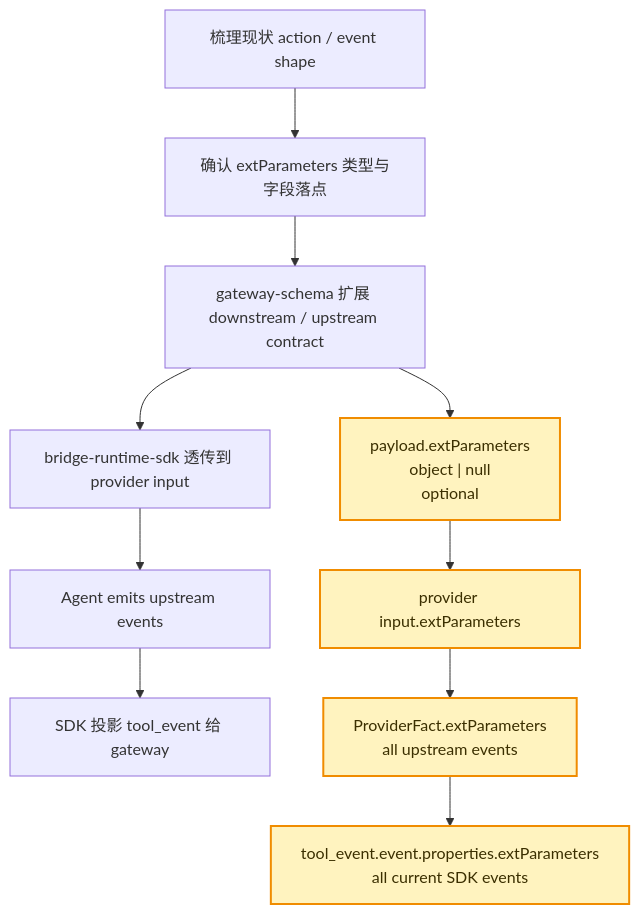
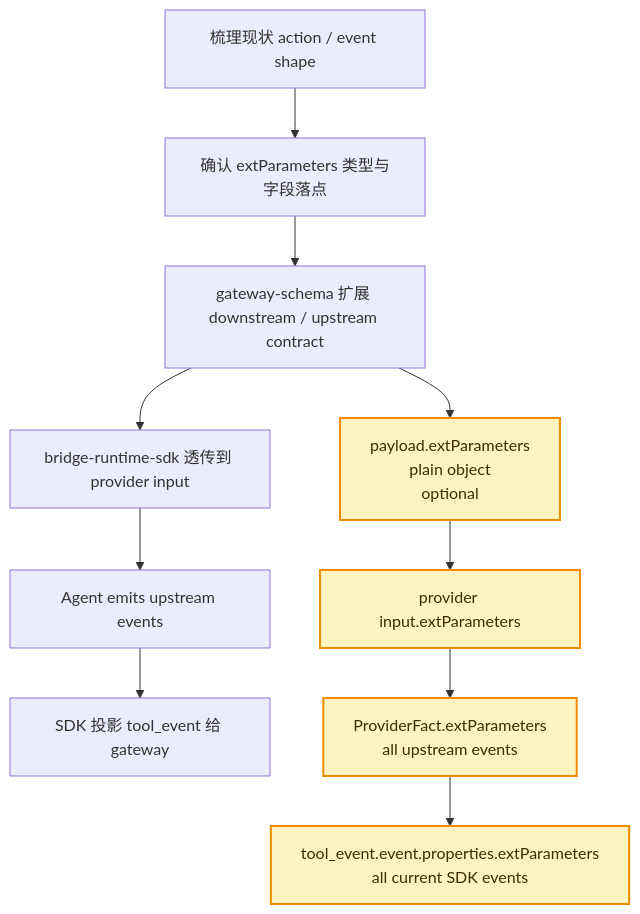
The first of 3 diagrams in packages/bridge-runtime-sdk/docs/design/ext-parameters-bidirectional-pass-through.md (yuzhangCZ/agent-plugin), drawn with Mermaid before and after one commit. The commit also changed other lines of this file and 6 other files, not shown here.

Commit message:
fix: model extParameters as optional object

````diff
--- a/packages/bridge-runtime-sdk/docs/design/ext-parameters-bidirectional-pass-through.md
+++ b/packages/bridge-runtime-sdk/docs/design/ext-parameters-bidirectional-pass-through.md
@@ -128,16 +128,16 @@
 ```mermaid
 flowchart TD
     A["梳理现状 action / event shape"] --> B["确认 extParameters 类型与字段落点"]
     B --> C["gateway-schema 扩展 downstream / upstream contract"]
     C --> D["bridge-runtime-sdk 透传到 provider input"]
     D --> E["Agent emits upstream events"]
     E --> F["SDK 投影 tool_event 给 gateway"]
 
-    C --> C1["payload.extParameters<br/>object | null<br/>optional"]
+    C --> C1["payload.extParameters<br/>plain object<br/>optional"]
     C1 --> D1["provider input.extParameters"]
     D1 --> E1["ProviderFact.extParameters<br/>all upstream events"]
     E1 --> F1["tool_event.event.properties.extParameters<br/>all current SDK events"]
 
     classDef ext fill:#fff3bf,stroke:#f08c00,stroke-width:2px,color:#3b2f00;
     class C1,D1,E1,F1 ext;
 ```
````
